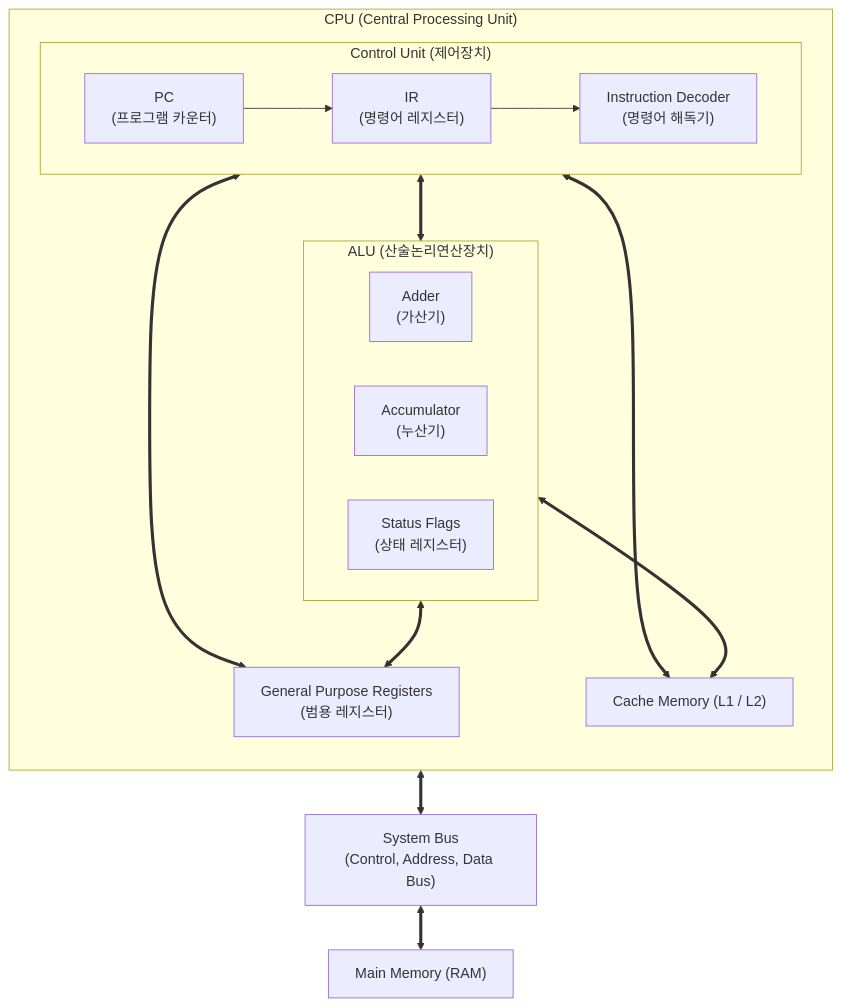
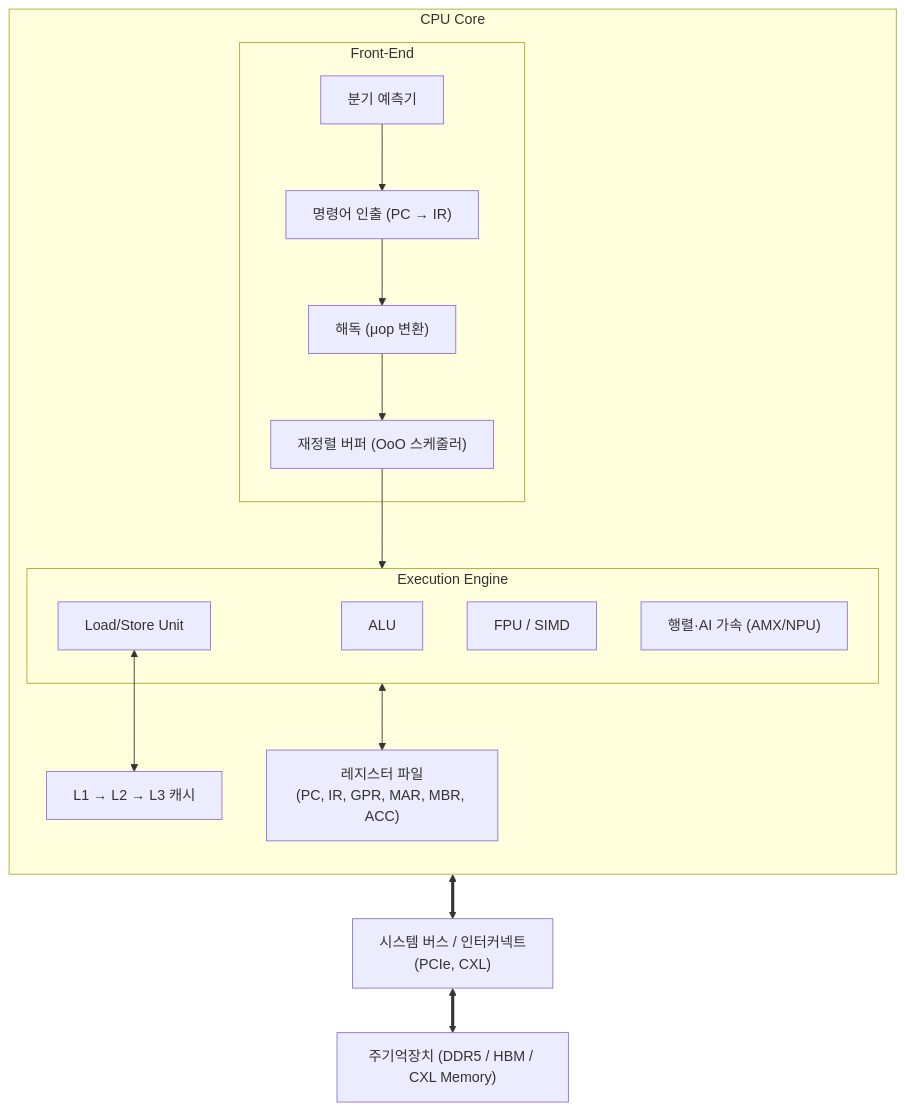
The diagram in content/01_IT Tech/CPU.md (supremethumb/supremethumb.github.io), drawn with Mermaid before and after one commit. The commit also changed other lines of this file and 1087 other files, not shown here.

````diff
--- a/content/01_IT Tech/CPU.md
+++ b/content/01_IT Tech/CPU.md
@@ -27,35 +35,23 @@
 ```mermaid
 flowchart TB
-    subgraph CPU["CPU (Central Processing Unit)"]
+    subgraph CPU["CPU Core"]
         direction TB
-        
-        subgraph CU["Control Unit (제어장치)"]
-            PC["PC<br/>(프로그램 카운터)"]
-            IR["IR<br/>(명령어 레지스터)"]
-            Decoder["Instruction Decoder<br/>(명령어 해독기)"]
-            PC --> IR --> Decoder
+        subgraph FRONT["Front-End"]
+            BP["분기 예측기"] --> IF["명령어 인출 (PC → IR)"] --> ID["해독 (μop 변환)"] --> ROB["재정렬 버퍼 (OoO 스케줄러)"]
         end
-        
-        subgraph ALU_Unit["ALU (산술논리연산장치)"]
-            Adder["Adder<br/>(가산기)"]
-            ACC["Accumulator<br/>(누산기)"]
-            Flags["Status Flags<br/>(상태 레지스터)"]
+        subgraph EXEC["Execution Engine"]
+            ALU["ALU"]
+            FPU["FPU / SIMD"]
+            AMX["행렬·AI 가속 (AMX/NPU)"]
+            LSU["Load/Store Unit"]
         end
-        
-        GPR["General Purpose Registers<br/>(범용 레지스터)"]
-        Cache["Cache Memory (L1 / L2)"]
-        
-        CU <==> ALU_Unit
-        CU <==> GPR
-        ALU_Unit <==> GPR
-        CU <==> Cache
-        ALU_Unit <==> Cache
+        REG["레지스터 파일<br/>(PC, IR, GPR, MAR, MBR, ACC)"]
+        CACHE["L1 → L2 → L3 캐시"]
+        ROB --> EXEC
+        EXEC <--> REG
+        LSU <--> CACHE
     end
-    
-    Bus["System Bus<br/>(Control, Address, Data Bus)"]
-    Memory["Main Memory (RAM)"]
-    
-    CPU <==> Bus
-    Bus <==> Memory
-
+    BUS["시스템 버스 / 인터커넥트<br/>(PCIe, CXL)"]
+    MEM["주기억장치 (DDR5 / HBM / CXL Memory)"]
+    CACHE <==> BUS <==> MEM
 ```
````
